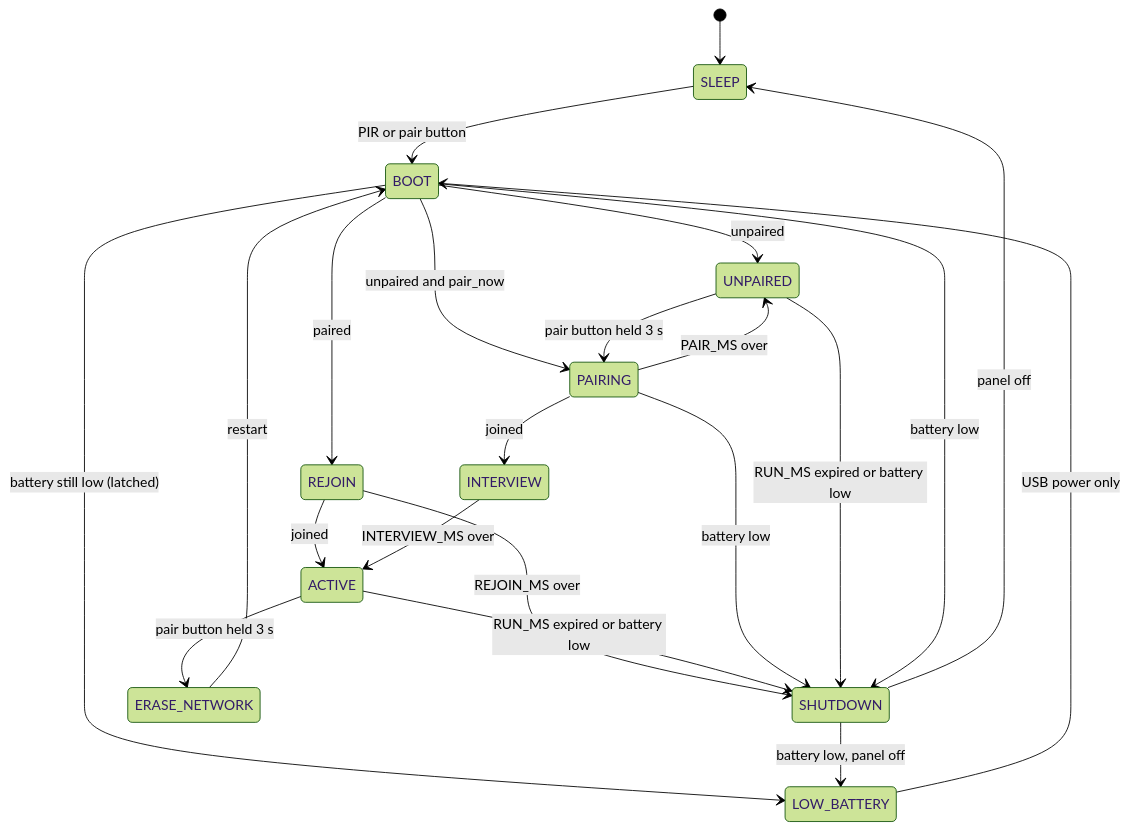
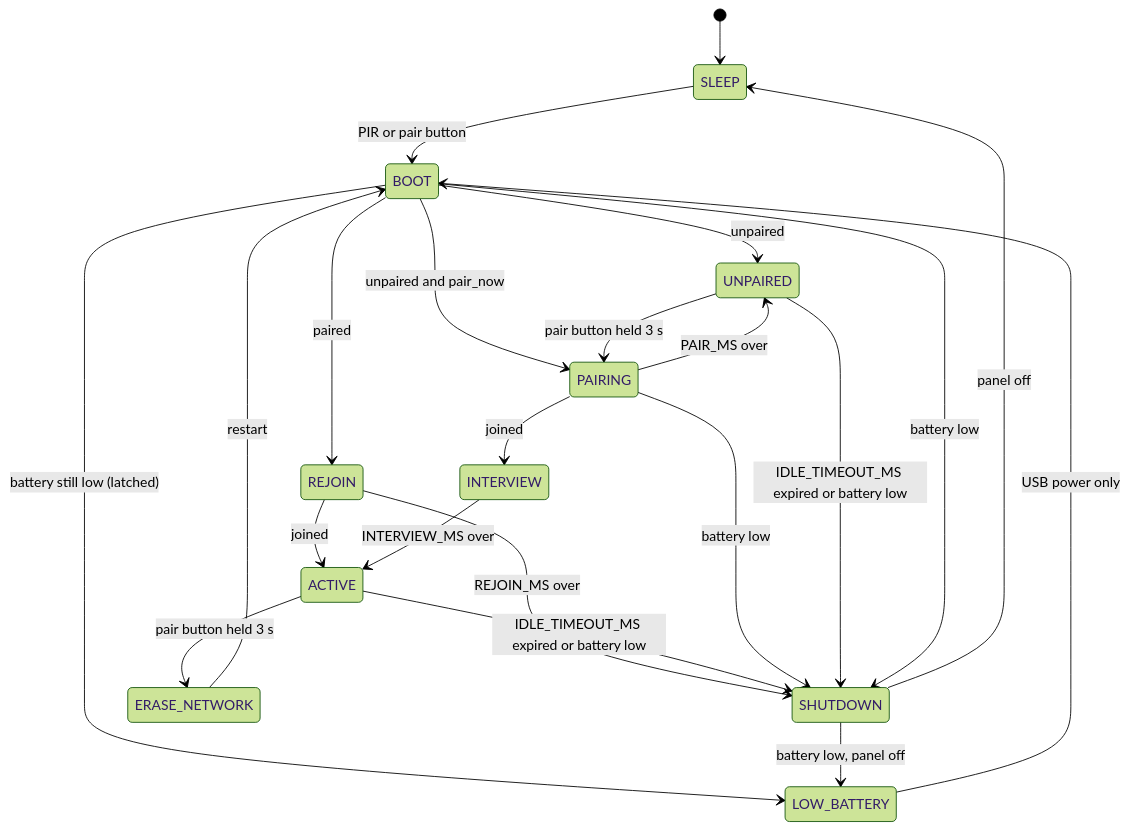
The diagram in DESIGN.md (vgabor99/greenlight), drawn with Mermaid (forest theme) before and after one commit. The commit also changed other lines of this file and 4 other files, not shown here.

````diff
--- a/DESIGN.md
+++ b/DESIGN.md
@@ -89,34 +89,34 @@
 ```mermaid
 stateDiagram-v2
     %% The declaration order sets the layout: paired path left, unpaired path in the middle, SHUTDOWN right.
     state BOOT
     state REJOIN
     state ACTIVE
     state ERASE_NETWORK
     state UNPAIRED
     state PAIRING
     state INTERVIEW
     state SHUTDOWN
     state LOW_BATTERY
     [*] --> SLEEP
     SLEEP --> BOOT: PIR or pair button
     BOOT --> REJOIN: paired
     BOOT --> UNPAIRED: unpaired
     BOOT --> PAIRING: unpaired and pair_now
     REJOIN --> ACTIVE: joined
     REJOIN --> SHUTDOWN: REJOIN_MS over
     ACTIVE --> ERASE_NETWORK: pair button held 3 s
     ERASE_NETWORK --> BOOT: restart
-    ACTIVE --> SHUTDOWN: RUN_MS expired or battery low
+    ACTIVE --> SHUTDOWN: IDLE_TIMEOUT_MS expired or battery low
     UNPAIRED --> PAIRING: pair button held 3 s
     PAIRING --> UNPAIRED: PAIR_MS over
     PAIRING --> INTERVIEW: joined
     INTERVIEW --> ACTIVE: INTERVIEW_MS over
     PAIRING --> SHUTDOWN: battery low
-    UNPAIRED --> SHUTDOWN: RUN_MS expired or battery low
+    UNPAIRED --> SHUTDOWN: IDLE_TIMEOUT_MS expired or battery low
     BOOT --> SHUTDOWN: battery low
     BOOT --> LOW_BATTERY: battery still low (latched)
     SHUTDOWN --> LOW_BATTERY: battery low, panel off
     SHUTDOWN --> SLEEP: panel off
     LOW_BATTERY --> BOOT: USB power only
 ```
````
